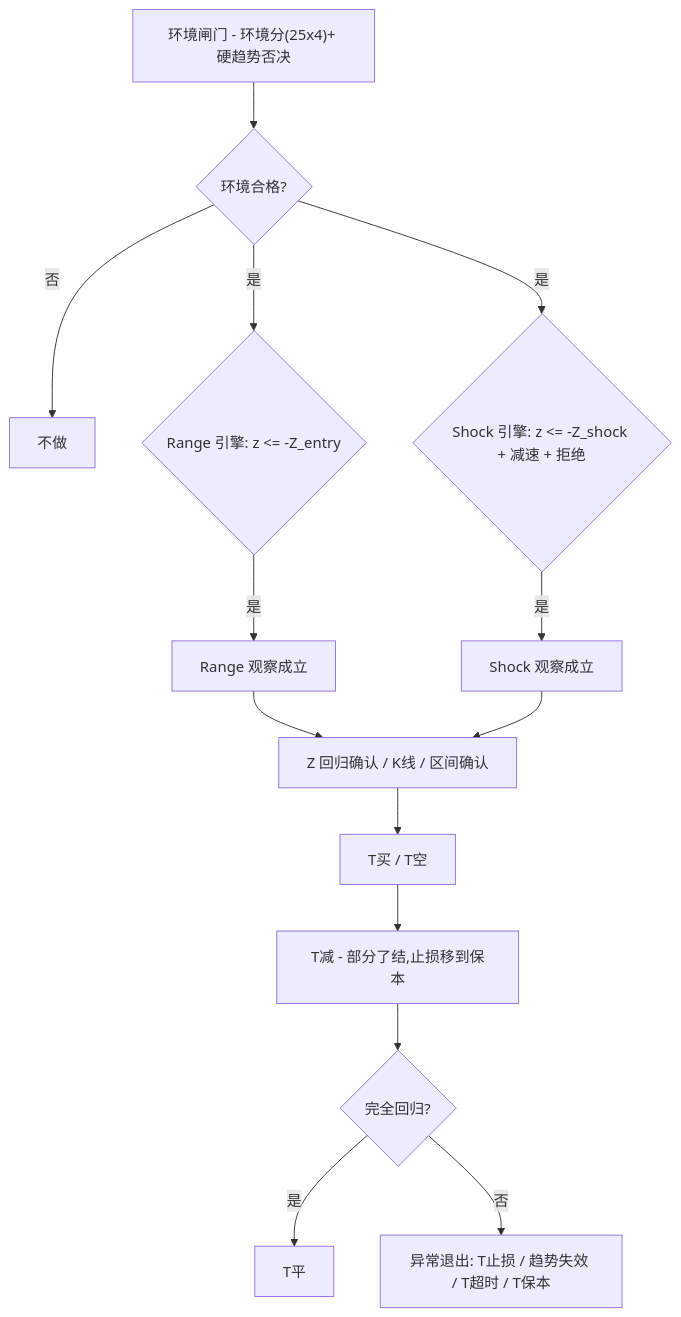
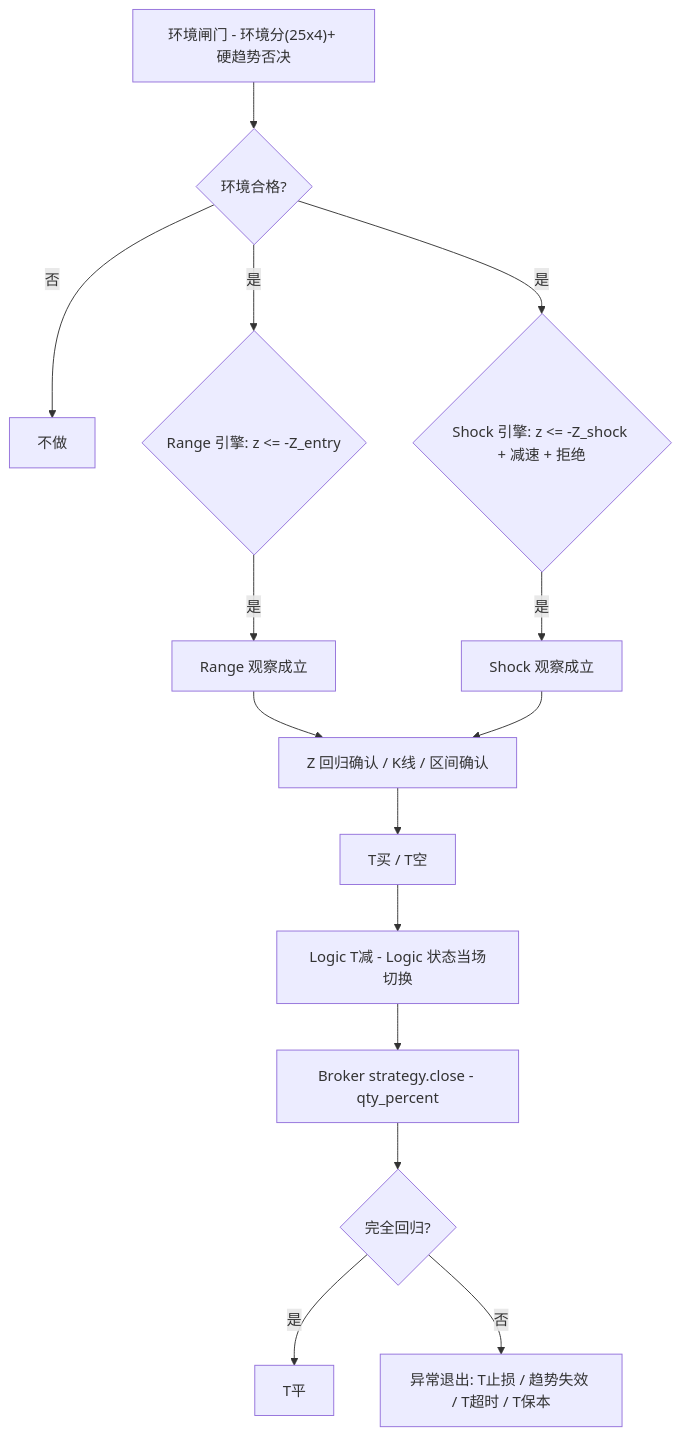
Before and after one commit to efanxu/Auto_Trading: the diagram in README.zh-CN.md, drawn with Mermaid. The commit also changed other lines of this file and 5 other files, not shown here.

Commit message:
refactor: decouple V2 logic from broker execution

````diff
--- a/README.zh-CN.md
+++ b/README.zh-CN.md
@@ -45,17 +45,18 @@
 ```mermaid
 flowchart TD
     GATE["环境闸门 - 环境分(25x4)+ 硬趋势否决"]
     GATE --> CHECK{"环境合格?"}
     CHECK -- "否" --> NONE["不做"]
     CHECK -- "是" --> RANGE{"Range 引擎: z <= -Z_entry"}
     CHECK -- "是" --> SHOCK{"Shock 引擎: z <= -Z_shock + 减速 + 拒绝"}
     RANGE -- "是" --> RSETUP["Range 观察成立"]
     SHOCK -- "是" --> SSETUP["Shock 观察成立"]
     RSETUP --> CONFIRM["Z 回归确认 / K线 / 区间确认"]
     SSETUP --> CONFIRM
     CONFIRM --> ENTRY["T买 / T空"]
-    ENTRY --> TRIM["T减 - 部分了结,止损移到保本"]
-    TRIM --> CLOSE{"完全回归?"}
+    ENTRY --> TRIM["Logic T减 - Logic 状态当场切换"]
+    TRIM --> BROKER["Broker strategy.close - qty_percent"]
+    BROKER --> CLOSE{"完全回归?"}
     CLOSE -- "是" --> CLOSED["T平"]
     CLOSE -- "否" --> EXITS["异常退出: T止损 / 趋势失效 / T超时 / T保本"]
 ```
````
